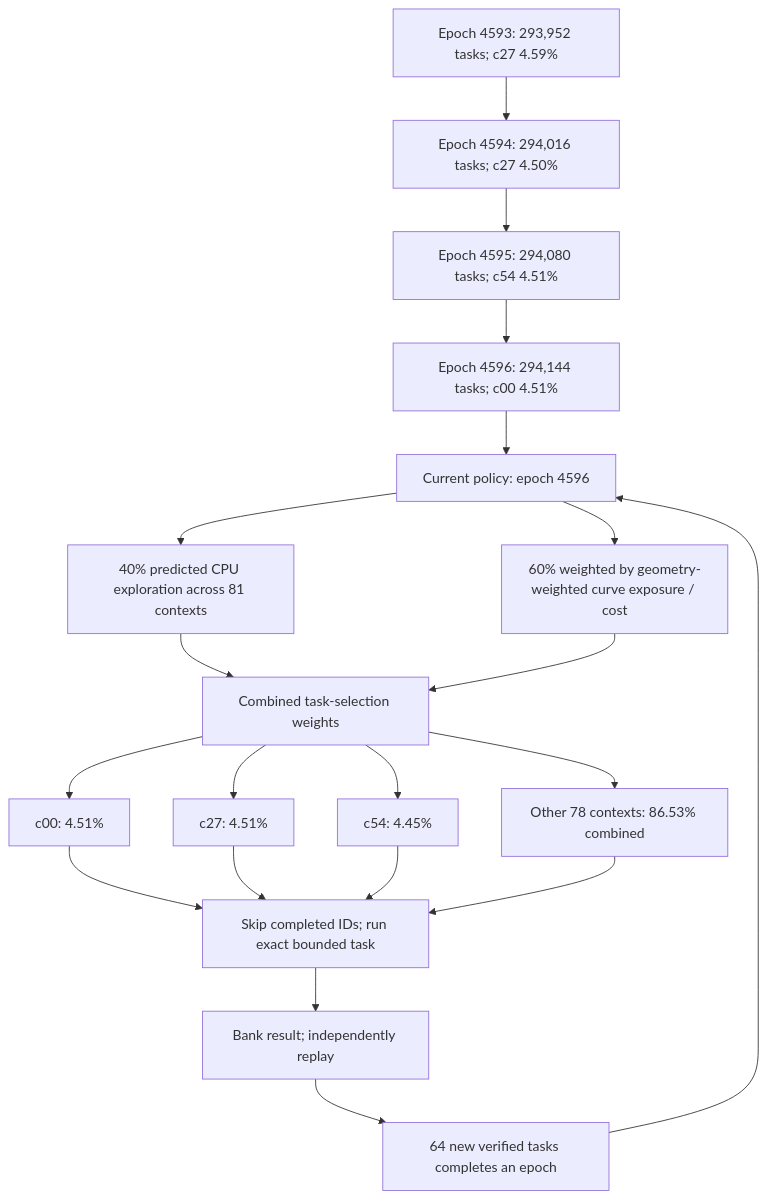
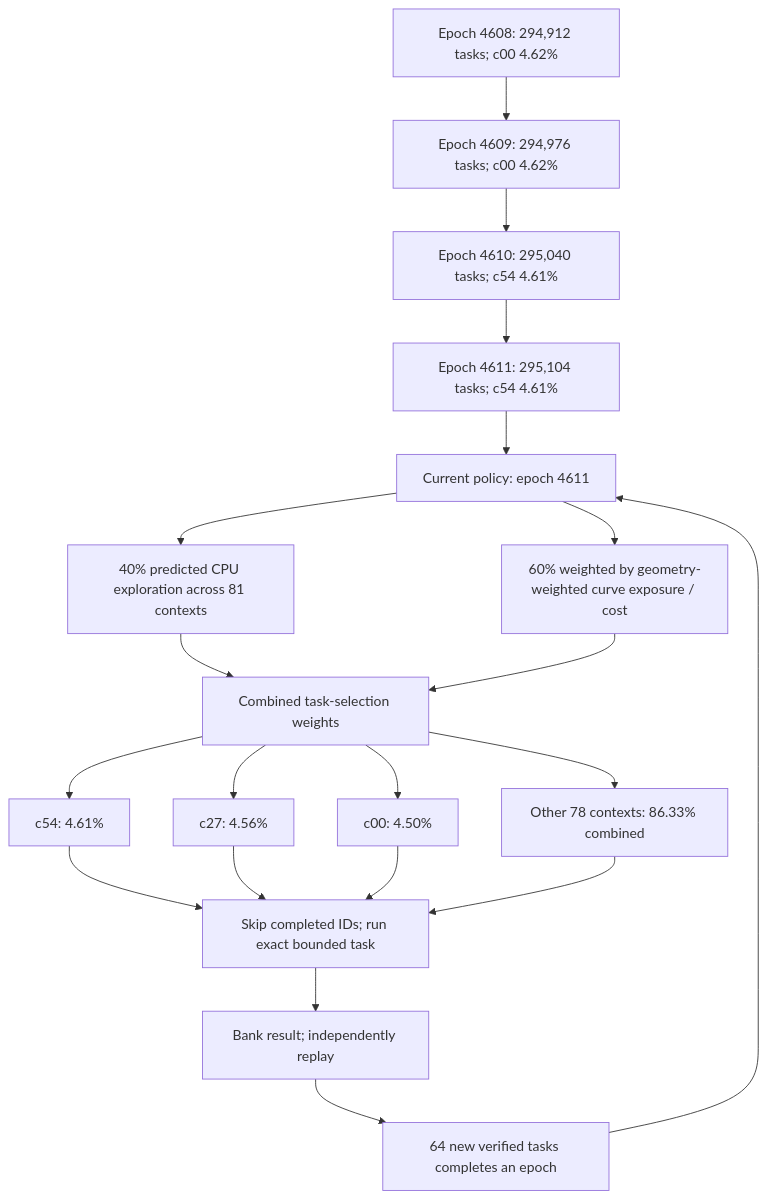
One commit to Kuberwastaken/math-gambling changed the first of 3 diagrams in README.md. Above: the diagram before and after it, drawn with Mermaid. The commit also changed other lines of this file and 5191 other files, not shown here.

````diff
--- a/README.md
+++ b/README.md
@@ -60,27 +60,27 @@
 ```mermaid
 flowchart TD
-    H0["Epoch 4593: 293,952 tasks; c27 4.59%"]
-    H1["Epoch 4594: 294,016 tasks; c27 4.50%"]
+    H0["Epoch 4608: 294,912 tasks; c00 4.62%"]
+    H1["Epoch 4609: 294,976 tasks; c00 4.62%"]
     H0 --> H1
-    H2["Epoch 4595: 294,080 tasks; c54 4.51%"]
+    H2["Epoch 4610: 295,040 tasks; c54 4.61%"]
     H1 --> H2
-    H3["Epoch 4596: 294,144 tasks; c00 4.51%"]
+    H3["Epoch 4611: 295,104 tasks; c54 4.61%"]
     H2 --> H3
-    Policy["Current policy: epoch 4596"]
+    Policy["Current policy: epoch 4611"]
     H3 --> Policy
     Policy --> Explore["40% predicted CPU exploration across 81 contexts"]
     Policy --> Cost["60% weighted by geometry-weighted curve exposure / cost"]
     Explore --> Mix["Combined task-selection weights"]
     Cost --> Mix
-    Mix --> C0["c00: 4.51%"]
-    Mix --> C1["c27: 4.51%"]
-    Mix --> C2["c54: 4.45%"]
-    Mix --> Rest["Other 78 contexts: 86.53% combined"]
+    Mix --> C0["c54: 4.61%"]
+    Mix --> C1["c27: 4.56%"]
+    Mix --> C2["c00: 4.50%"]
+    Mix --> Rest["Other 78 contexts: 86.33% combined"]
     C0 --> Check["Skip completed IDs; run exact bounded task"]
     C1 --> Check
     C2 --> Check
     Rest --> Check
     Check --> Replay["Bank result; independently replay"]
     Replay --> Gate["64 new verified tasks completes an epoch"]
     Gate --> Policy
 ```
````
